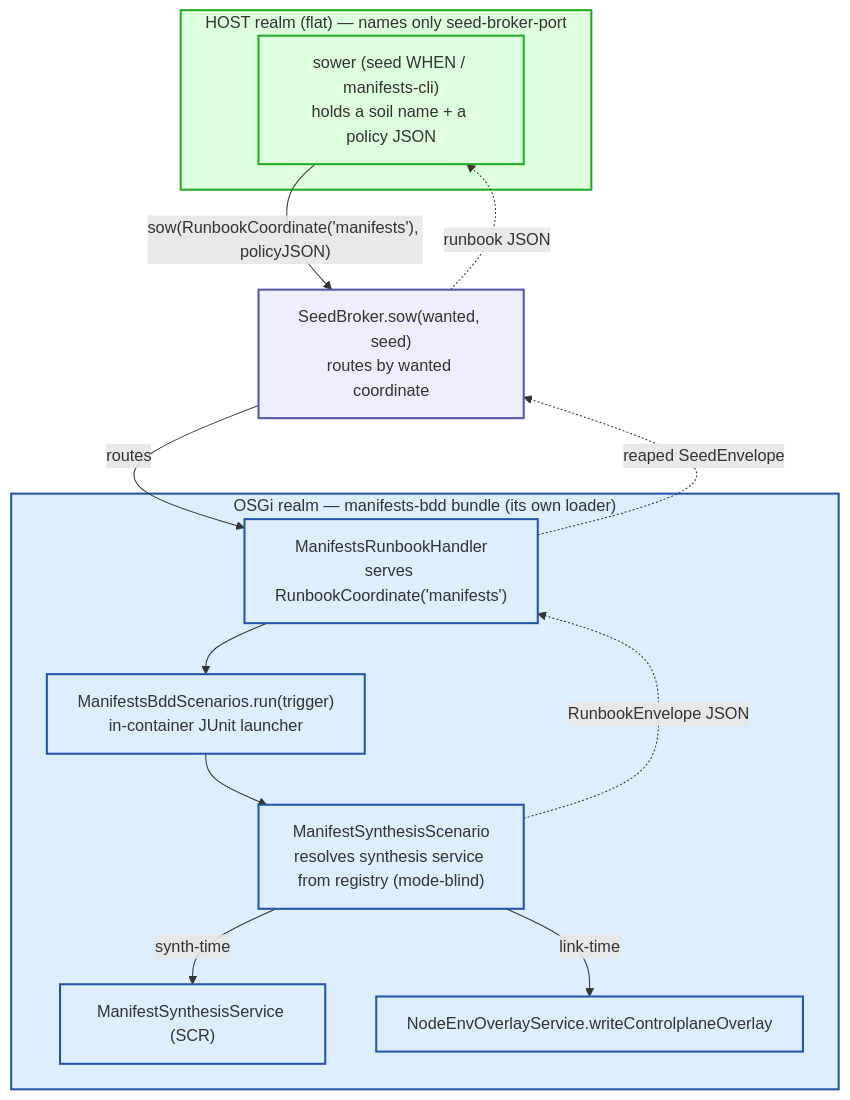
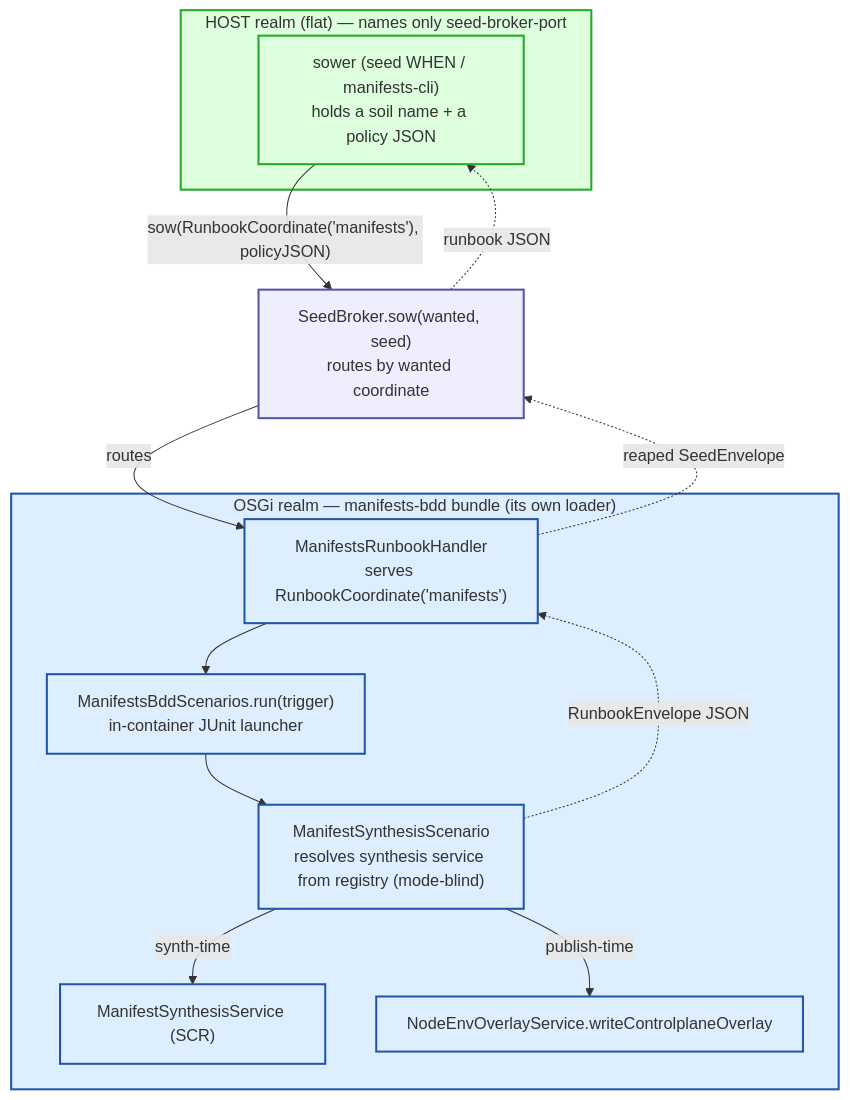
One commit to nxmatic/rke2lab changed the first of 3 diagrams in docs/architecture/osgi/manifests-bdd-spec.adoc. Above: the diagram before and after it, drawn with Mermaid. The commit also changed other lines of this file and 22 other files, not shown here.

First line of the commit message:
refactor(manifests): rename the activation facet link → publish

```diff
--- a/docs/architecture/osgi/manifests-bdd-spec.adoc
+++ b/docs/architecture/osgi/manifests-bdd-spec.adoc
@@ -23,33 +23,33 @@
 [mermaid]
 ----
 flowchart TB
   subgraph host["HOST realm (flat) — names only seed-broker-port"]
     caller["sower (seed WHEN / manifests-cli)<br/>holds a soil name + a policy JSON"]
   end
 
   broker["SeedBroker.sow(wanted, seed)<br/>routes by wanted coordinate"]
 
   subgraph felix["OSGi realm — manifests-bdd bundle (its own loader)"]
     handler["ManifestsRunbookHandler<br/>serves RunbookCoordinate('manifests')"]
     front["ManifestsBddScenarios.run(trigger)<br/>in-container JUnit launcher"]
     scen["ManifestSynthesisScenario<br/>resolves synthesis service from registry (mode-blind)"]
     svc["ManifestSynthesisService (SCR)"]
     overlay["NodeEnvOverlayService.writeControlplaneOverlay"]
   end
 
   caller -->|"sow(RunbookCoordinate('manifests'), policyJSON)"| broker
   broker -->|routes| handler
   handler --> front --> scen
   scen -->|synth-time| svc
-  scen -->|link-time| overlay
+  scen -->|publish-time| overlay
   scen -.->|RunbookEnvelope JSON| handler
   handler -.->|reaped SeedEnvelope| broker
   broker -.->|runbook JSON| caller
 
   classDef h fill:#dfd,stroke:#2a2,stroke-width:2px;
   classDef b fill:#eef,stroke:#55a,stroke-width:2px;
   classDef f fill:#def,stroke:#25a,stroke-width:2px;
   class host,caller h;
   class broker b;
   class felix,handler,front,scen,svc,overlay f;
 ----
```
